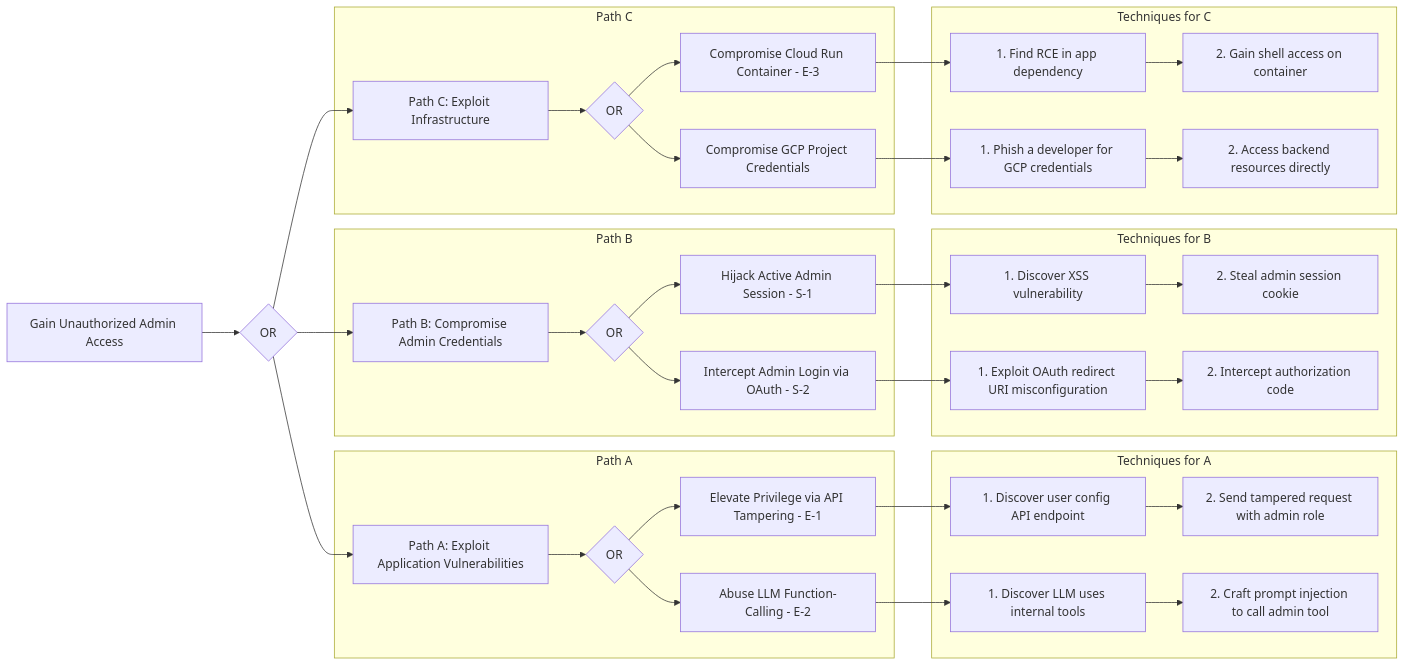
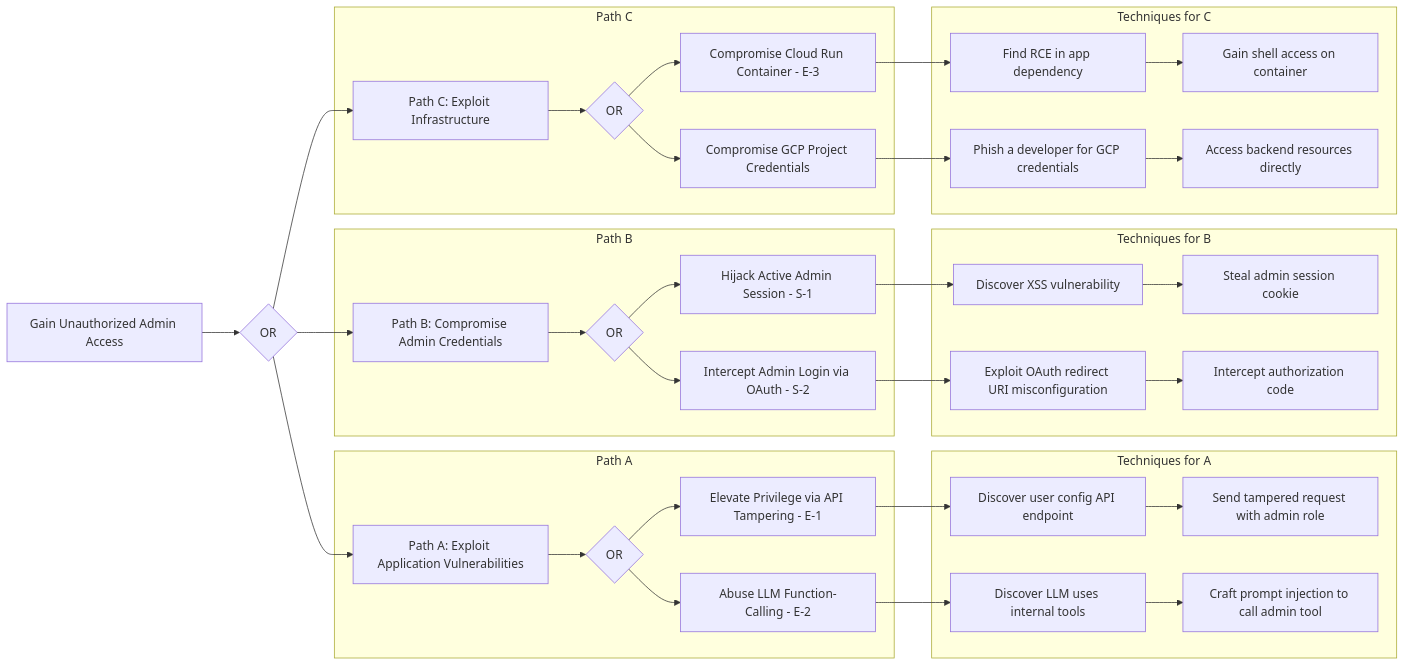
Before and after one commit to CWE-ChatBot/CWE-ChatBot: the diagram in docs/security/attack_tree.md, drawn with Mermaid. The commit also changed 4 other files, not shown here.

````diff
--- a/docs/security/attack_tree.md
+++ b/docs/security/attack_tree.md
@@ -17,46 +17,46 @@
 ```mermaid
 graph LR
     A[Gain Unauthorized Admin Access] --> B{OR};
     B --> C[Path A: Exploit Application Vulnerabilities];
     B --> D[Path B: Compromise Admin Credentials];
     B --> E[Path C: Exploit Infrastructure];
 
     subgraph Path A
         C --> C1{OR};
         C1 --> C2[Elevate Privilege via API Tampering - E-1];
         C1 --> C3[Abuse LLM Function-Calling - E-2];
     end
 
     subgraph Path B
         D --> D1{OR};
         D1 --> D2[Hijack Active Admin Session - S-1];
         D1 --> D3[Intercept Admin Login via OAuth - S-2];
     end
 
     subgraph Path C
         E --> E1{OR};
         E1 --> E2[Compromise Cloud Run Container - E-3];
         E1 --> E3[Compromise GCP Project Credentials];
     end
 
     subgraph Techniques for A
-        C2 --> C2a[1. Discover user config API endpoint];
-        C2a --> C2b[2. Send tampered request with admin role];
-        C3 --> C3a[1. Discover LLM uses internal tools];
-        C3a --> C3b[2. Craft prompt injection to call admin tool];
+        C2 --> C2a[Discover user config API endpoint];
+        C2a --> C2b[Send tampered request with admin role];
+        C3 --> C3a[Discover LLM uses internal tools];
+        C3a --> C3b[Craft prompt injection to call admin tool];
     end
 
     subgraph Techniques for B
-        D2 --> D2a[1. Discover XSS vulnerability];
-        D2a --> D2b[2. Steal admin session cookie];
-        D3 --> D3a[1. Exploit OAuth redirect URI misconfiguration];
-        D3a --> D3b[2. Intercept authorization code];
+        D2 --> D2a[Discover XSS vulnerability];
+        D2a --> D2b[Steal admin session cookie];
+        D3 --> D3a[Exploit OAuth redirect URI misconfiguration];
+        D3a --> D3b[Intercept authorization code];
     end
 
     subgraph Techniques for C
-        E2 --> E2a[1. Find RCE in app dependency];
-        E2a --> E2b[2. Gain shell access on container];
-        E3 --> E3a[1. Phish a developer for GCP credentials];
-        E3a --> E3b[2. Access backend resources directly];
+        E2 --> E2a[Find RCE in app dependency];
+        E2a --> E2b[Gain shell access on container];
+        E3 --> E3a[Phish a developer for GCP credentials];
+        E3a --> E3b[Access backend resources directly];
     end
 ```
````
